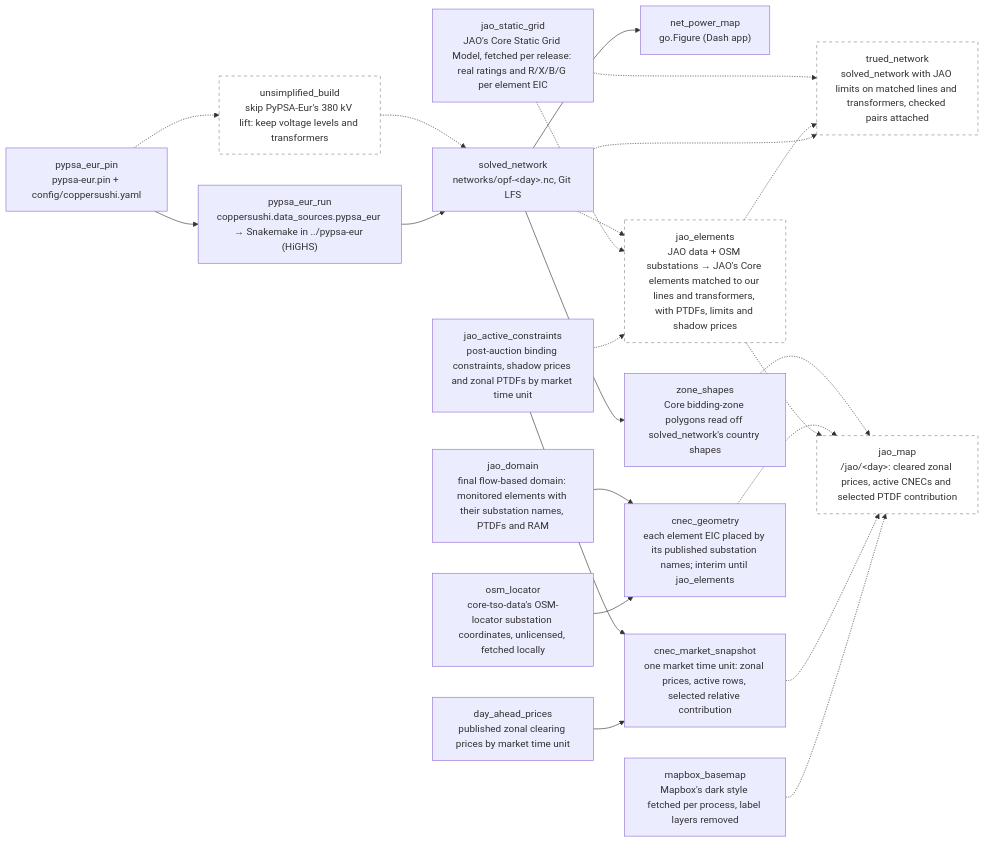
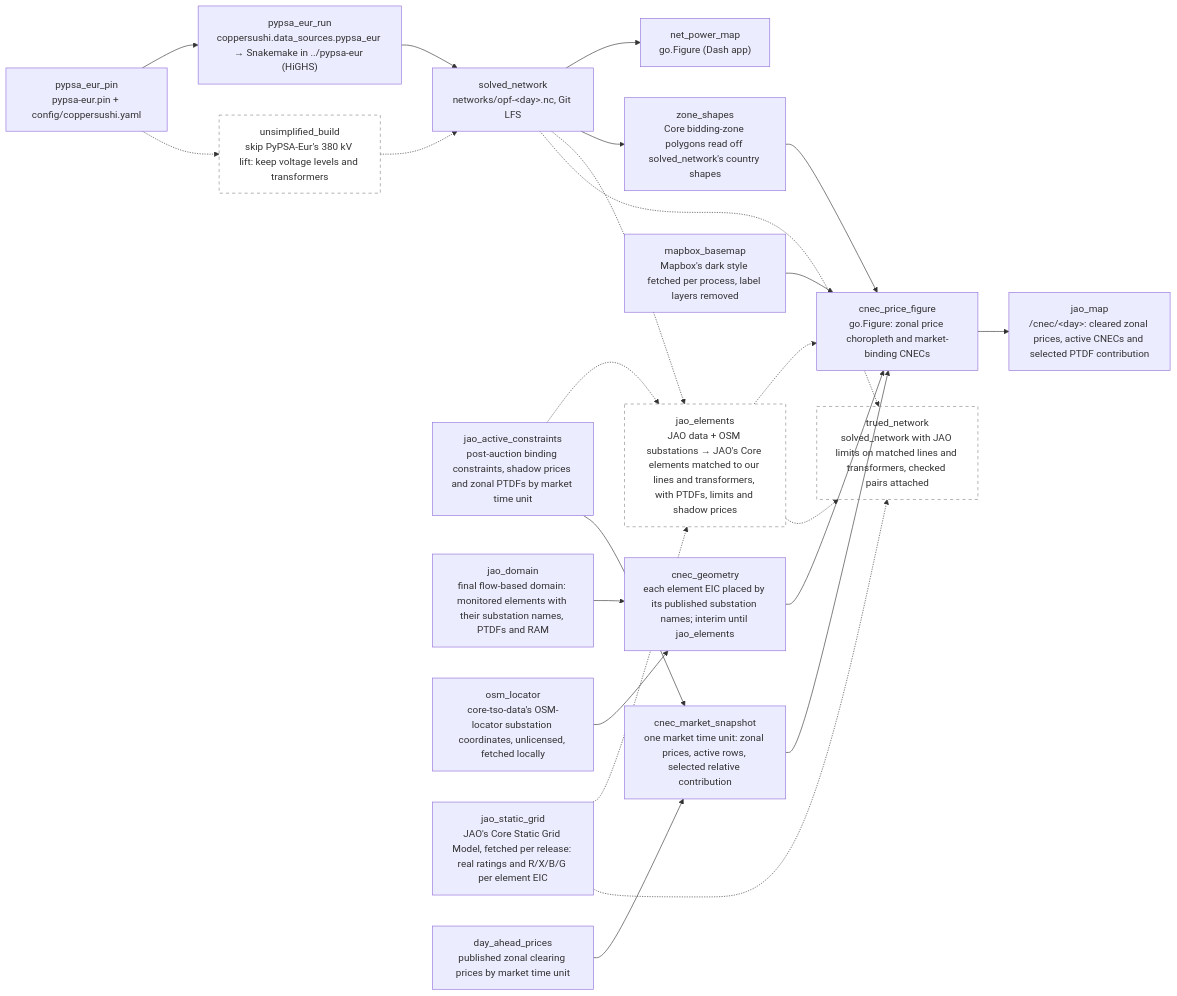
Before and after one commit to zoltanmaric/coppersushi: the diagram in wiki/sushi-2.md, drawn with Mermaid. The commit also changed other lines of this file and 16 other files, not shown here.

````diff
--- a/wiki/sushi-2.md
+++ b/wiki/sushi-2.md
@@ -16,47 +17,49 @@
 ```mermaid
 flowchart LR
     classDef planned stroke-dasharray: 5 5,stroke:#888,fill:none
 
     net_power_map["net_power_map<br/>go.Figure (Dash app)"]
 
     pypsa_eur_pin["pypsa_eur_pin<br/>pypsa-eur.pin + config/coppersushi.yaml"]
     pypsa_eur_run["pypsa_eur_run<br/>coppersushi.data_sources.pypsa_eur → Snakemake in ../pypsa-eur (HiGHS)"]
     solved_network["solved_network<br/>networks/opf-&lt;day&gt;.nc, Git LFS"]
     jao_active_constraints["jao_active_constraints<br/>post-auction binding constraints, shadow prices and zonal PTDFs by market time unit"]
+    jao_domain["jao_domain<br/>final flow-based domain: monitored elements with their substation names, PTDFs and RAM"]
+    osm_locator["osm_locator<br/>core-tso-data's OSM-locator substation coordinates, unlicensed, fetched locally"]
+    cnec_geometry["cnec_geometry<br/>each element EIC placed by its published substation names; interim until jao_elements"]
+    zone_shapes["zone_shapes<br/>Core bidding-zone polygons read off solved_network's country shapes"]
+    mapbox_basemap["mapbox_basemap<br/>Mapbox's dark style fetched per process, label layers removed"]
 
     jao_static_grid["jao_static_grid<br/>JAO's Core Static Grid Model, fetched per release: real ratings and R/X/B/G per element EIC"]
 
     unsimplified["unsimplified_build<br/>skip PyPSA-Eur's 380 kV lift: keep voltage levels and transformers"]:::planned
     jao_elements["jao_elements<br/>JAO data + OSM substations → JAO's Core elements matched to our lines and transformers, with PTDFs, limits and shadow prices"]:::planned
-    jao_domain["jao_domain<br/>final flow-based domain: monitored elements with their substation names, PTDFs and RAM"]
-    osm_locator["osm_locator<br/>core-tso-data's OSM-locator substation coordinates, unlicensed, fetched locally"]
-    cnec_geometry["cnec_geometry<br/>each element EIC placed by its published substation names; interim until jao_elements"]
-    zone_shapes["zone_shapes<br/>Core bidding-zone polygons read off solved_network's country shapes"]
-    mapbox_basemap["mapbox_basemap<br/>Mapbox's dark style fetched per process, label layers removed"]
     day_ahead_prices["day_ahead_prices<br/>published zonal clearing prices by market time unit"]
     cnec_market_snapshot["cnec_market_snapshot<br/>one market time unit: zonal prices, active rows, selected relative contribution"]
-    jao_map["jao_map<br/>/jao/&lt;day&gt;: cleared zonal prices, active CNECs and selected PTDF contribution"]:::planned
+    cnec_price_figure["cnec_price_figure<br/>go.Figure: zonal price choropleth and market-binding CNECs"]
+    jao_map["jao_map<br/>/cnec/&lt;day&gt;: cleared zonal prices, active CNECs and selected PTDF contribution"]
     trued_network["trued_network<br/>solved_network with JAO limits on matched lines and transformers, checked pairs attached"]:::planned
 
     pypsa_eur_pin --> pypsa_eur_run
     pypsa_eur_pin -.-> unsimplified
     unsimplified -.-> solved_network
     pypsa_eur_run --> solved_network
     solved_network --> net_power_map
     solved_network --> zone_shapes
-    zone_shapes -.-> jao_map
+    zone_shapes --> cnec_price_figure
+    jao_domain --> cnec_geometry
+    osm_locator --> cnec_geometry
+    cnec_geometry --> cnec_price_figure
+    mapbox_basemap --> cnec_price_figure
     solved_network -.-> jao_elements
     jao_static_grid -.-> jao_elements
     jao_static_grid -.-> trued_network
     jao_active_constraints -.-> jao_elements
     jao_active_constraints --> cnec_market_snapshot
     day_ahead_prices --> cnec_market_snapshot
-    jao_domain --> cnec_geometry
-    osm_locator --> cnec_geometry
-    cnec_geometry -.-> jao_map
-    jao_elements -.-> jao_map
-    cnec_market_snapshot -.-> jao_map
-    mapbox_basemap -.-> jao_map
+    jao_elements -.-> cnec_price_figure
+    cnec_market_snapshot --> cnec_price_figure
+    cnec_price_figure --> jao_map
     jao_elements -.-> trued_network
     solved_network -.-> trued_network
 ```
````
